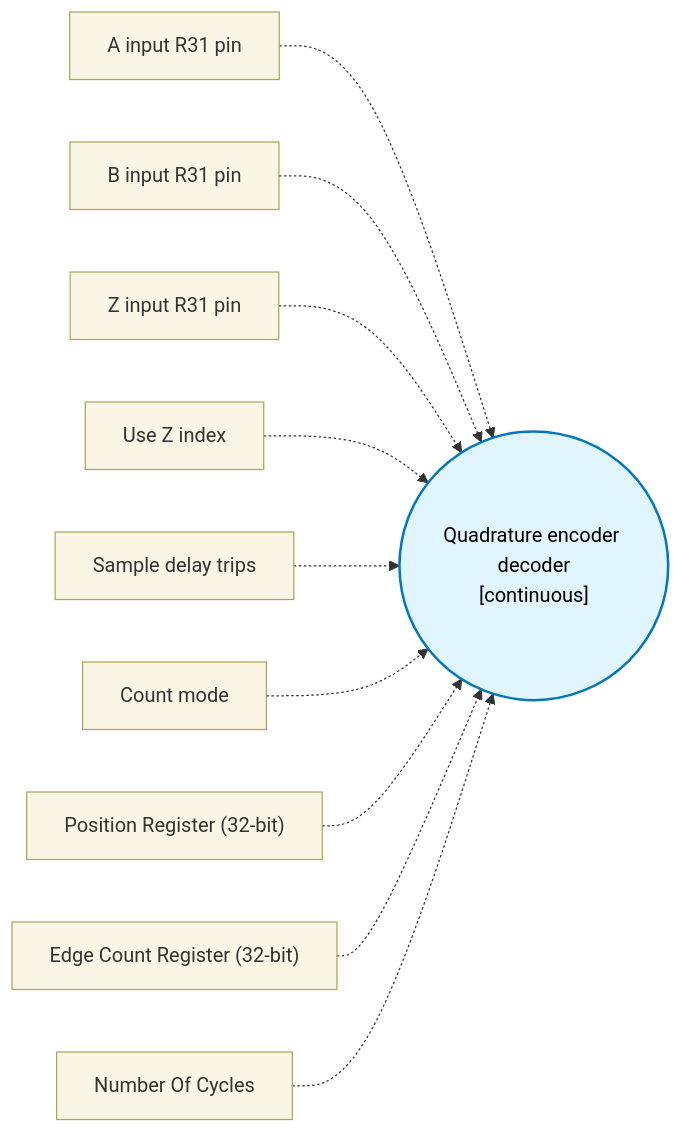
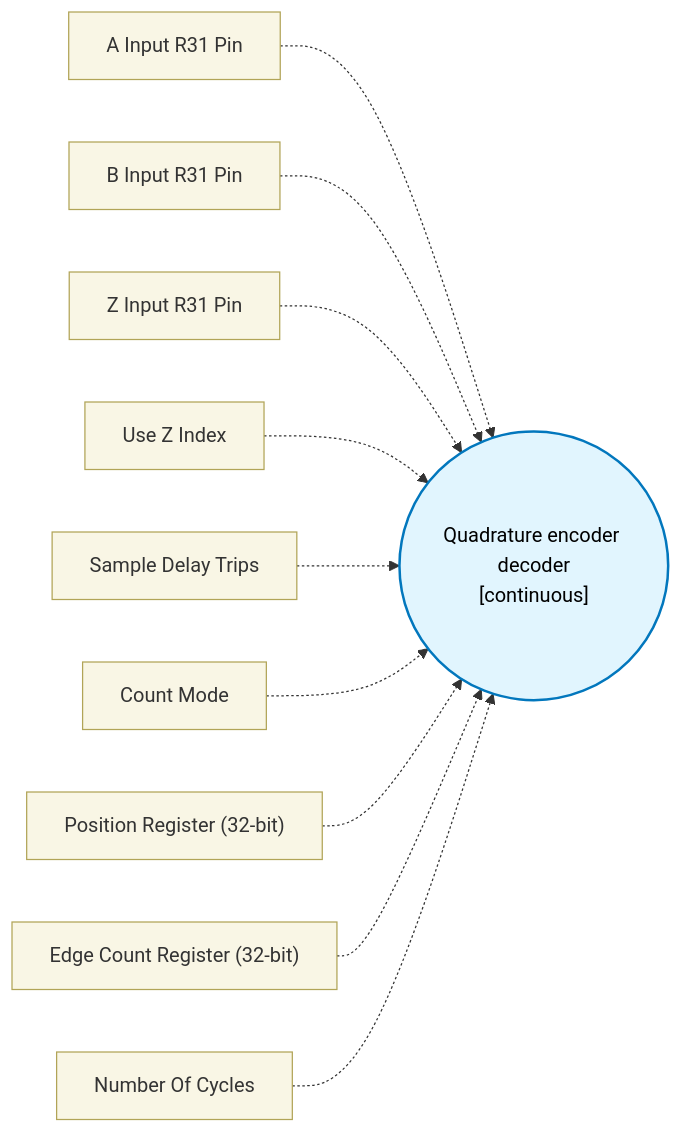
The diagram in docs/block-reference/blocks/quadrature_block/design.md (TexasInstruments/pru-no-code-tool), drawn with Mermaid before and after one commit. The commit also changed other lines of this file and 89 other files, not shown here.

````diff
--- a/docs/block-reference/blocks/quadrature_block/design.md
+++ b/docs/block-reference/blocks/quadrature_block/design.md
@@ -11,15 +11,15 @@
 ```mermaid
 flowchart LR
   classDef config fill:#f9f6e5,stroke:#b1a457,stroke-width:1px,color:#333;
   classDef core fill:#e1f5fe,stroke:#0277bd,stroke-width:2px,color:#000;
   CORE(("Quadrature encoder decoder\n[continuous]")):::core
-  CFG0["A input R31 pin"]:::config -.-> CORE
-  CFG1["B input R31 pin"]:::config -.-> CORE
-  CFG2["Z input R31 pin"]:::config -.-> CORE
-  CFG3["Use Z index"]:::config -.-> CORE
-  CFG4["Sample delay trips"]:::config -.-> CORE
-  CFG5["Count mode"]:::config -.-> CORE
+  CFG0["A Input R31 Pin"]:::config -.-> CORE
+  CFG1["B Input R31 Pin"]:::config -.-> CORE
+  CFG2["Z Input R31 Pin"]:::config -.-> CORE
+  CFG3["Use Z Index"]:::config -.-> CORE
+  CFG4["Sample Delay Trips"]:::config -.-> CORE
+  CFG5["Count Mode"]:::config -.-> CORE
   CFG6["Position Register (32-bit)"]:::config -.-> CORE
   CFG7["Edge Count Register (32-bit)"]:::config -.-> CORE
   CFG8["Number Of Cycles"]:::config -.-> CORE
 ```
````
